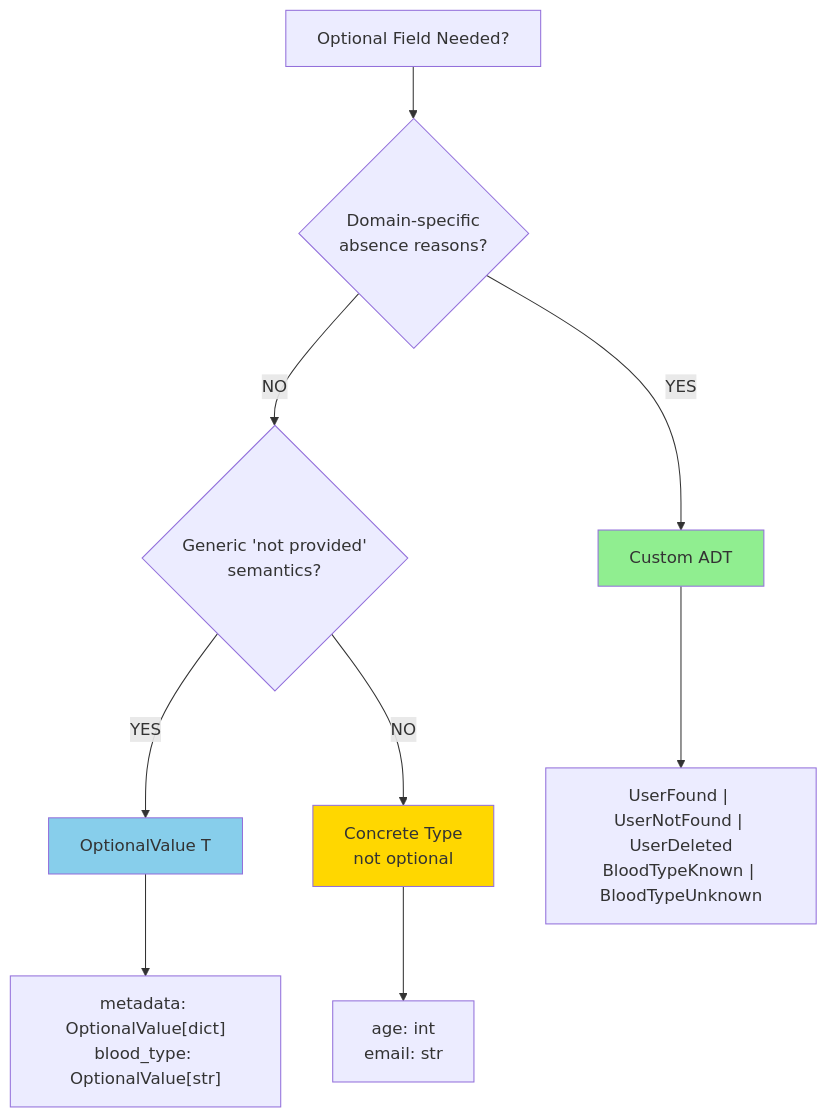
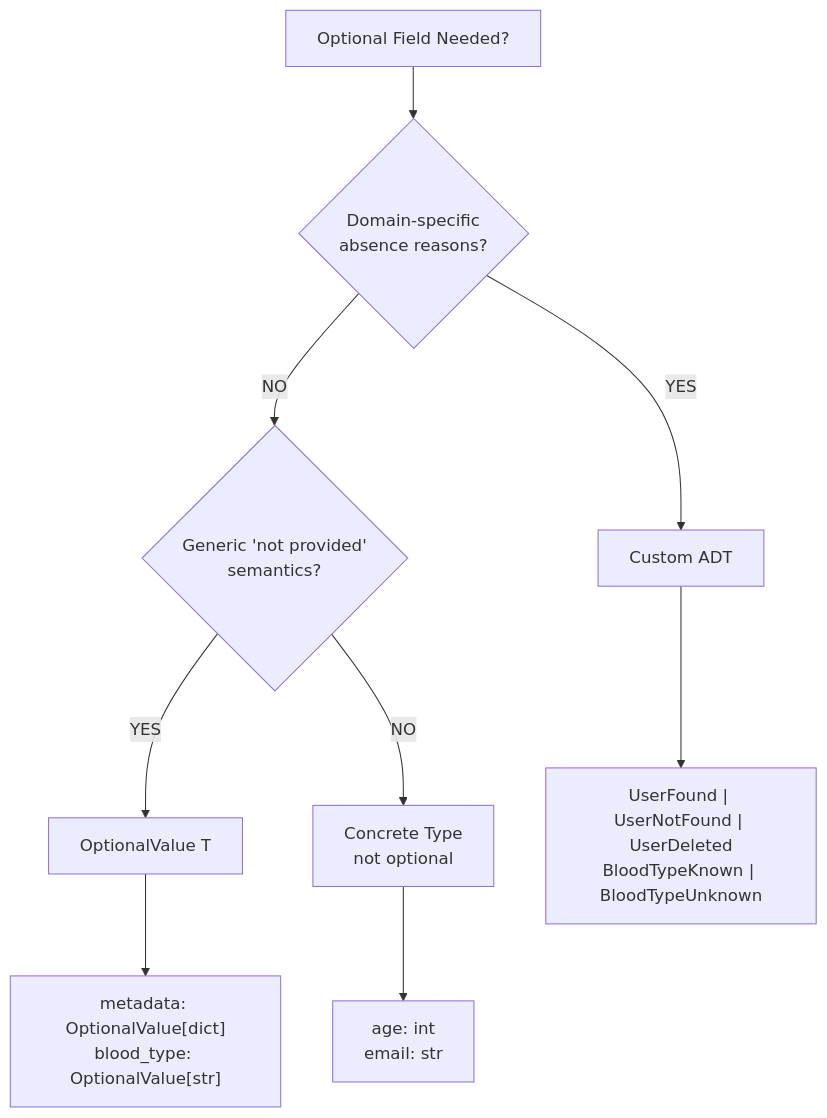
Before and after one commit to Tuee22/effectful: the diagram in documents/api/optional_value.md, drawn with Mermaid. The commit also changed other lines of this file and 184 other files, not shown here.

````diff
--- a/documents/api/optional_value.md
+++ b/documents/api/optional_value.md
@@ -515,18 +566,14 @@
 ```mermaid
 flowchart TD
     Start[Optional Field Needed?] --> DomainReasons{Domain-specific<br/>absence reasons?}
 
     DomainReasons -->|YES| CustomADT[Custom ADT]
     DomainReasons -->|NO| GenericAbsence{Generic 'not provided'<br/>semantics?}
 
     GenericAbsence -->|YES| OptionalValue[OptionalValue T]
     GenericAbsence -->|NO| ConcreteType[Concrete Type<br/>not optional]
 
     CustomADT --> CustomExample["UserFound | UserNotFound | UserDeleted<br/>BloodTypeKnown | BloodTypeUnknown"]
     OptionalValue --> OptionalValueExample["metadata: OptionalValue[dict]<br/>blood_type: OptionalValue[str]"]
     ConcreteType --> ConcreteExample["age: int<br/>email: str"]
-
-    style CustomADT fill:#90EE90
-    style OptionalValue fill:#87CEEB
-    style ConcreteType fill:#FFD700
 ```
````
